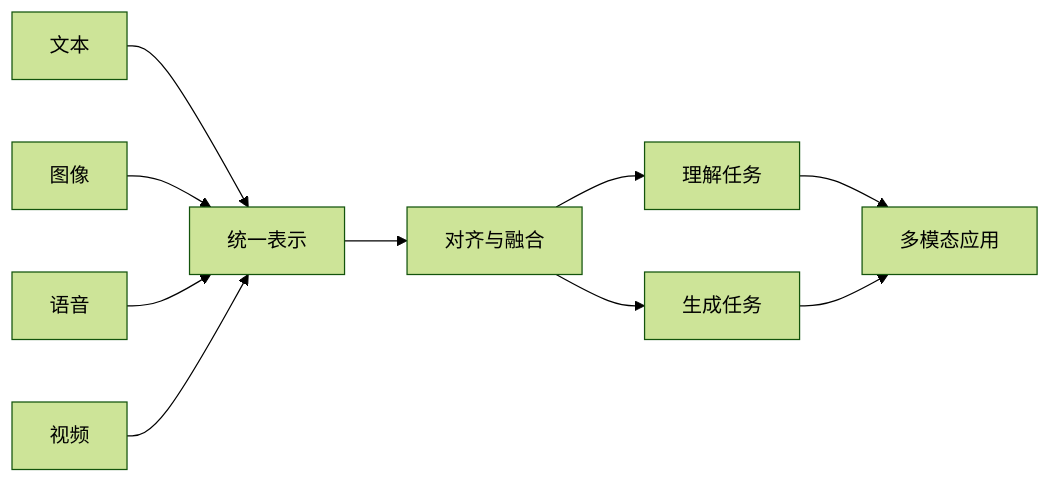
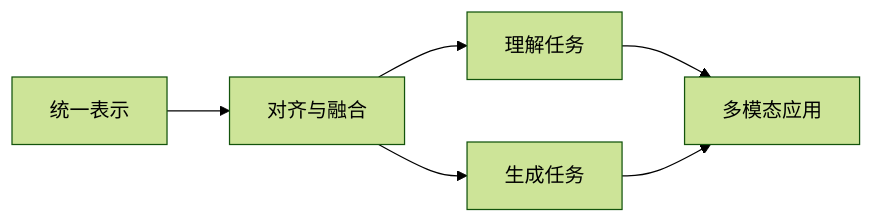
The second of 5 diagrams in docs/stage10/ch01-multimodal/00-roadmap.md (oudbiao/AI-fullstack-course), drawn with Mermaid (forest theme) before and after one commit. The commit also changed other lines of this file and 139 other files, not shown here.

````diff
--- a/docs/stage10/ch01-multimodal/00-roadmap.md
+++ b/docs/stage10/ch01-multimodal/00-roadmap.md
@@ -20,12 +30,8 @@
 ```mermaid
 flowchart LR
-  A[文本] --> E[统一表示]
-  B[图像] --> E
-  C[语音] --> E
-  D[视频] --> E
-  E --> F[对齐与融合]
+  E[统一表示] --> F[对齐与融合]
   F --> G[理解任务]
   F --> H[生成任务]
   G --> I[多模态应用]
   H --> I
 ```
````
